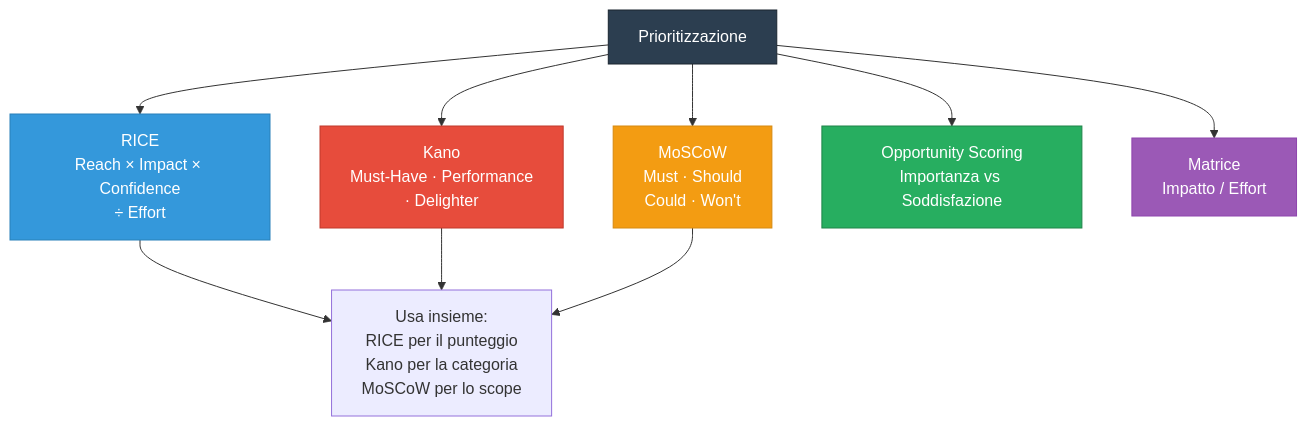
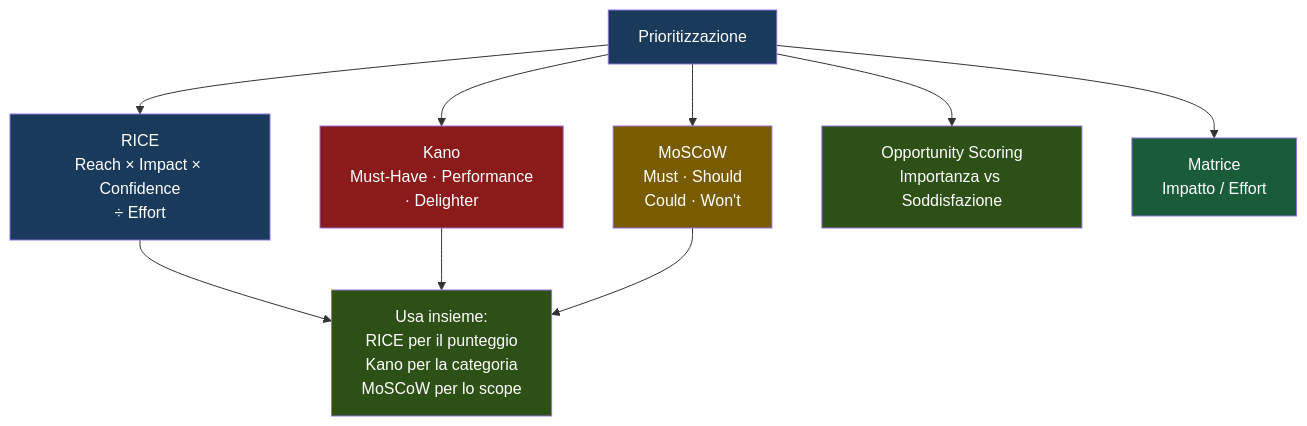
One commit to AndreyBertasini/gynnitech changed the fifth of 5 diagrams in src/content/corso/analisi-prodotto/prioritizzazione-feature.mdx. Above: the diagram before and after it, drawn with Mermaid. The commit also changed other lines of this file and 21 other files, not shown here.

First line of the commit message:
style: applica color scheme semantico a tutti i diagrammi Mermaid del corso

````diff
--- a/src/content/corso/analisi-prodotto/prioritizzazione-feature.mdx
+++ b/src/content/corso/analisi-prodotto/prioritizzazione-feature.mdx
@@ -212,17 +224,18 @@
 ```mermaid
 graph TD
     START["Prioritizzazione"] --> RICE["RICE\nReach × Impact × Confidence\n÷ Effort"]
     START --> KANO["Kano\nMust-Have · Performance\n· Delighter"]
     START --> MOSCOW["MoSCoW\nMust · Should\nCould · Won't"]
     START --> OPP["Opportunity Scoring\nImportanza vs Soddisfazione"]
     START --> MATRIX["Matrice\nImpatto / Effort"]
     RICE --> USE["Usa insieme:\nRICE per il punteggio\nKano per la categoria\nMoSCoW per lo scope"]
     KANO --> USE
     MOSCOW --> USE
-    style START fill:#2c3e50,stroke:#1a252f,color:#fff
-    style RICE fill:#3498db,stroke:#2980b9,color:#fff
-    style KANO fill:#e74c3c,stroke:#c0392b,color:#fff
-    style MOSCOW fill:#f39c12,stroke:#d68910,color:#fff
-    style OPP fill:#27ae60,stroke:#1e8449,color:#fff
-    style MATRIX fill:#9b59b6,stroke:#8e44ad,color:#fff
+    style START fill:#1a3a5c,color:#ffffff
+    style RICE fill:#1a3a5c,color:#ffffff
+    style KANO fill:#8b1a1a,color:#ffffff
+    style MOSCOW fill:#7a5c00,color:#ffffff
+    style OPP fill:#2d5016,color:#ffffff
+    style MATRIX fill:#1a5c3a,color:#ffffff
+    style USE fill:#2d5016,color:#ffffff
 ```
````
